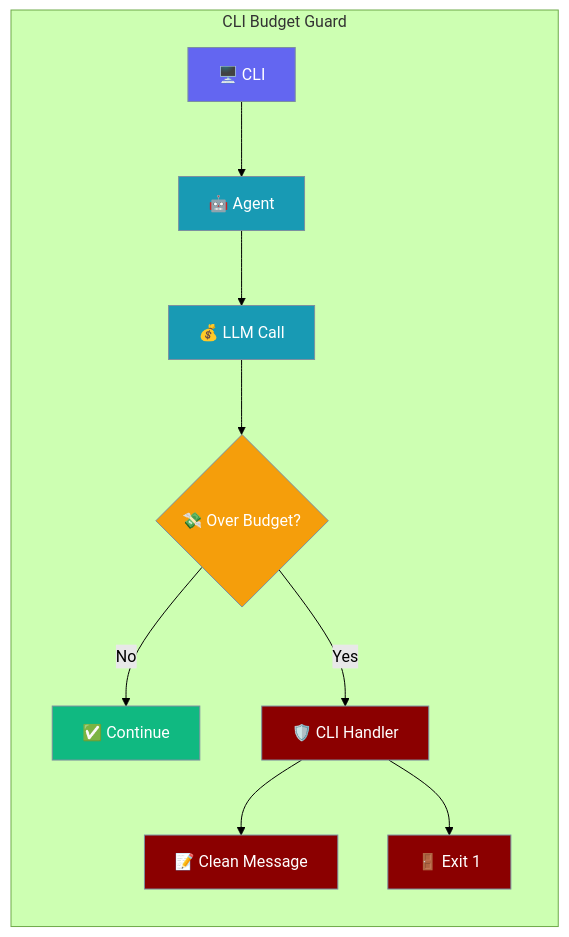
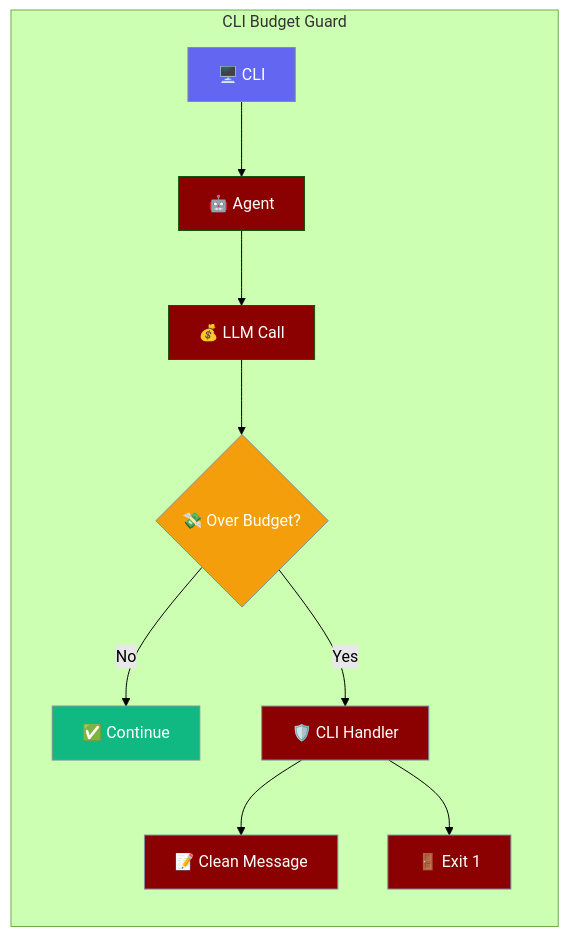
The first of 2 diagrams in docs/features/cli-budget-handling.mdx (MervinPraison/PraisonAIDocs), drawn with Mermaid (forest theme) before and after one commit. The commit also changed 49 other files, not shown here.

````diff
--- a/docs/features/cli-budget-handling.mdx
+++ b/docs/features/cli-budget-handling.mdx
@@ -10,24 +10,25 @@
 ```mermaid
 graph LR
     subgraph "CLI Budget Guard"
         CLI[🖥️ CLI] --> Agent[🤖 Agent]
         Agent --> LLM[💰 LLM Call]
         LLM --> Check{💸 Over Budget?}
         Check -->|No| Continue[✅ Continue]
         Check -->|Yes| Handler[🛡️ CLI Handler]
         Handler --> Message[📝 Clean Message]
         Handler --> Exit[🚪 Exit 1]
     end
     
     classDef cli fill:#6366F1,stroke:#7C90A0,color:#fff
-    classDef agent fill:#189AB4,stroke:#7C90A0,color:#fff
     classDef check fill:#F59E0B,stroke:#7C90A0,color:#fff
     classDef success fill:#10B981,stroke:#7C90A0,color:#fff
     classDef error fill:#8B0000,stroke:#7C90A0,color:#fff
     
+    classDef agent fill:#8B0000,color:#fff
+    classDef tool fill:#189AB4,color:#fff
     class CLI cli
     class Agent,LLM agent
     class Check check
     class Continue success
     class Handler,Message,Exit error
 ```
````
